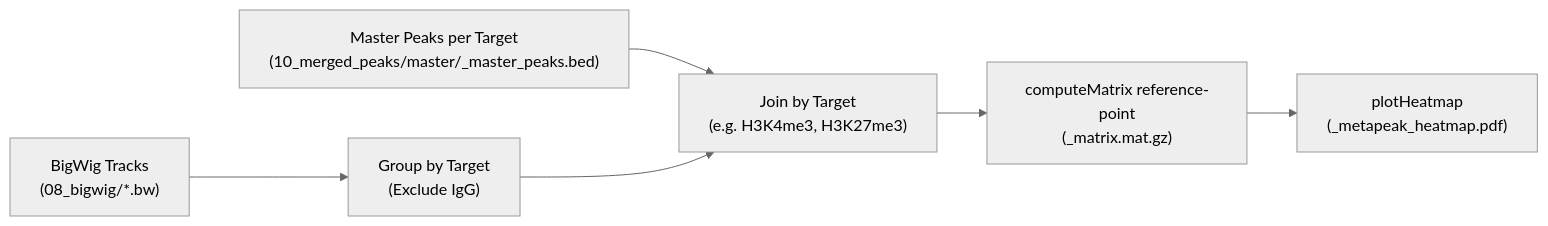
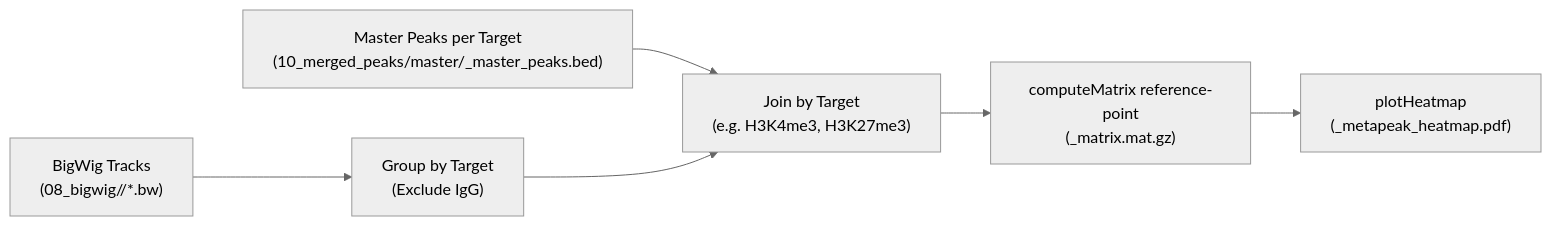
One commit to DanHUMassMed/Cut_And_Run_Analysis changed the diagram in docs/MAKING_METAPEAK_PLOTS.md. Above: the diagram before and after it, drawn with Mermaid (neutral theme). The commit also changed other lines of this file and 9 other files, not shown here.

````diff
--- a/docs/MAKING_METAPEAK_PLOTS.md
+++ b/docs/MAKING_METAPEAK_PLOTS.md
@@ -39,8 +39,8 @@
 ```mermaid
 flowchart LR
-    BW["BigWig Tracks\n(08_bigwig/*.bw)"] --> FILTER["Group by Target\n(Exclude IgG)"]
+    BW["BigWig Tracks\n(08_bigwig/<bigwig_source>/*.bw)"] --> FILTER["Group by Target\n(Exclude IgG)"]
     PEAKS["Master Peaks per Target\n(10_merged_peaks/master/<target>_master_peaks.bed)"] --> JOIN["Join by Target\n(e.g. H3K4me3, H3K27me3)"]
     FILTER --> JOIN
     JOIN --> CM["computeMatrix reference-point\n(<target>_matrix.mat.gz)"]
     CM --> PH["plotHeatmap\n(<target>_metapeak_heatmap.pdf)"]
 ```
````
